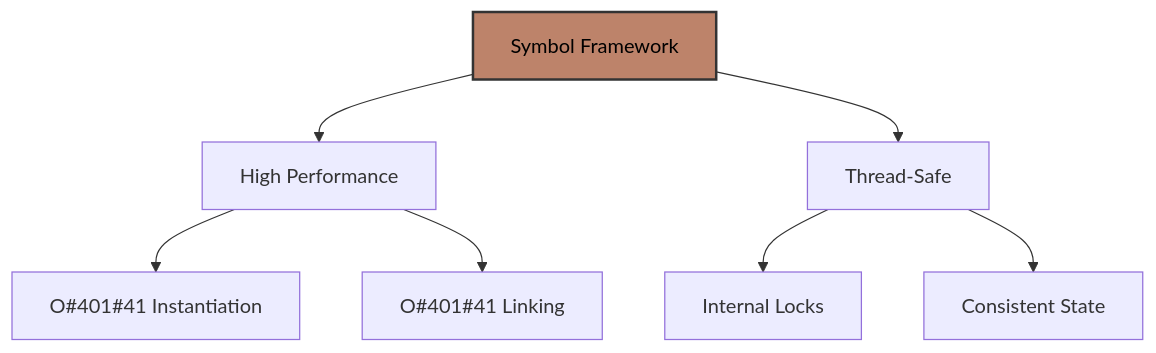
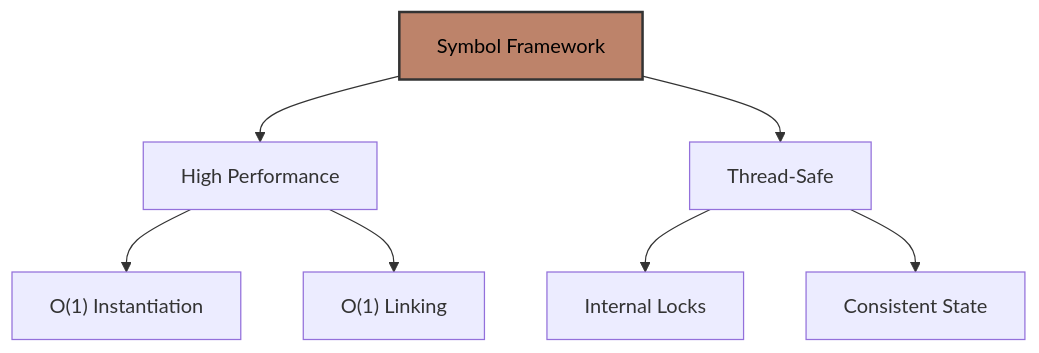
The first of 3 diagrams in docs/readme_details/13_conclusion/index.md (ikko/sym), drawn with Mermaid before and after one commit. The commit also changed 17 other files, not shown here.

````diff
--- a/docs/readme_details/13_conclusion/index.md
+++ b/docs/readme_details/13_conclusion/index.md
@@ -10,13 +10,13 @@
 ```mermaid
 graph TD
     A[Symbol Framework] --> B[High Performance];
-    B --> C[O#401#41 Instantiation];
-    B --> D[O#401#41 Linking];
+    B --> C[O#40;1#41; Instantiation];
+    B --> D[O#40;1#41; Linking];
     A --> E[Thread-Safe];
     E --> F[Internal Locks];
     E --> G[Consistent State];
 
     style A fill:#bd836a,stroke:#333,stroke-width:2px,color:#000000;
 
     style A fill:#bd836a,stroke:#333,stroke-width:2px,color:#000000;
 ```
````
